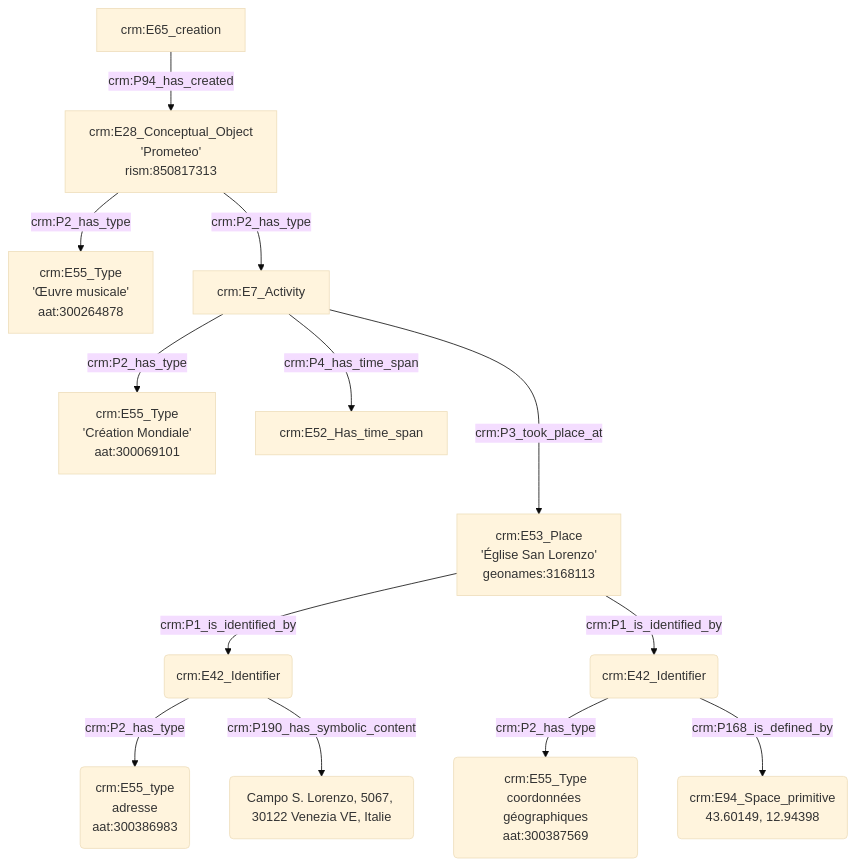
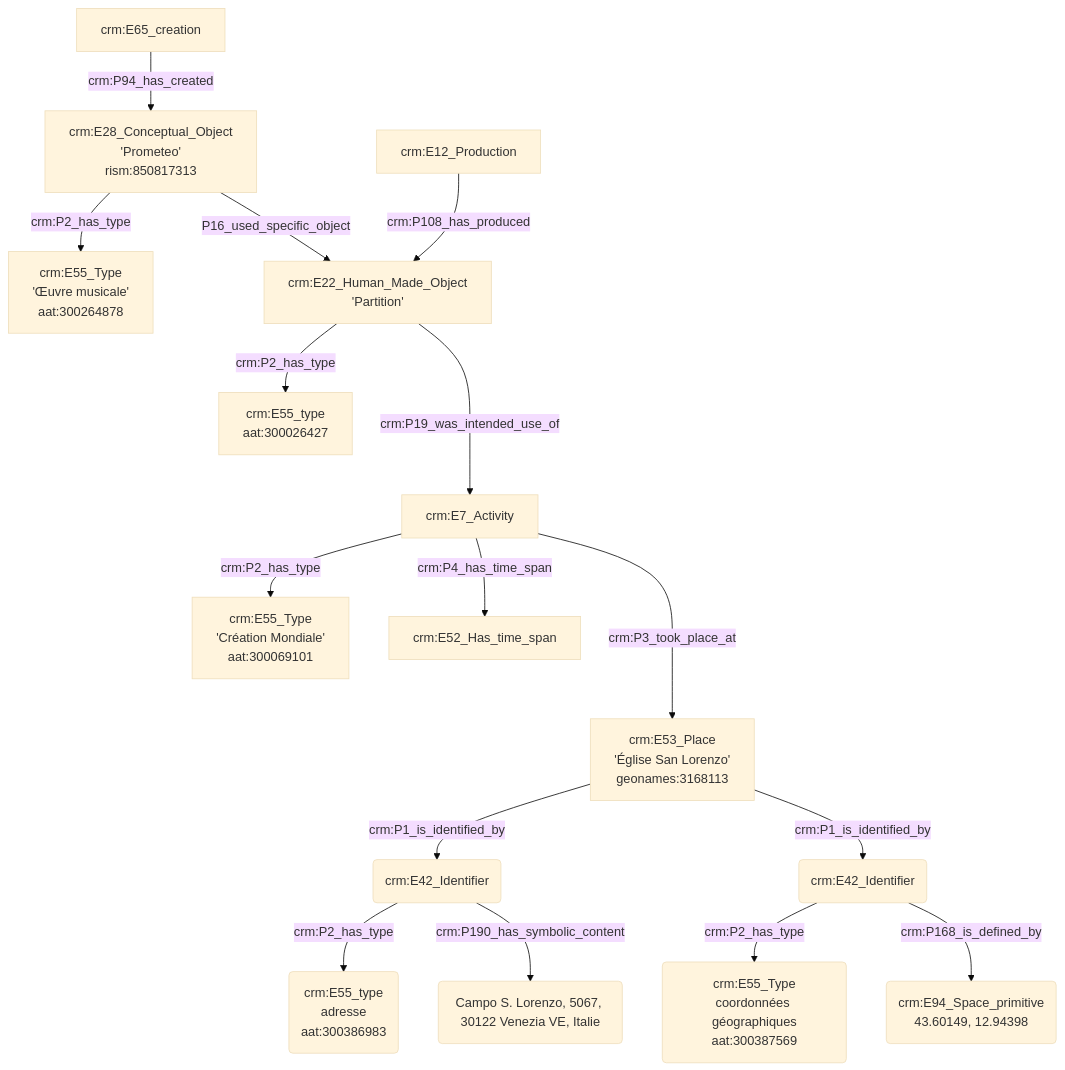
One commit to GusBraud/OntoMatchGameGus changed the fourth of 5 diagrams in Exemple1.md. Above: the diagram before and after it, drawn with Mermaid (base theme).

````diff
--- a/Exemple1.md
+++ b/Exemple1.md
@@ -68,17 +68,21 @@
 ```mermaid
 graph TD;
 
-D[crm:E65_creation] --> |crm:P94_has_created| E[crm:E28_Conceptual_Object<br>'Prometeo'<br>rism:850817313]
-E[crm:E28_Conceptual_Object<br>'Prometeo'<br>rism:850817313] --> |crm:P2_has_type| F[crm:E55_Type<br>'Œuvre musicale'<br>aat:300264878]
-E[crm:E28_Conceptual_Object<br>'Prometeo'<br>rism:850817313] --> |crm:P2_has_type| G[crm:E7_Activity]
+A[crm:E65_creation] --> |crm:P94_has_created| B[crm:E28_Conceptual_Object<br>'Prometeo'<br>rism:850817313]
+B[crm:E28_Conceptual_Object<br>'Prometeo'<br>rism:850817313] --> |crm:P2_has_type| C[crm:E55_Type<br>'Œuvre musicale'<br>aat:300264878]
+D[crm:E22_Human_Made_Object<br>'Partition'] --> |crm:P2_has_type| E[crm:E55_type<br>aat:300026427]
+B[crm:E28_Conceptual_Object<br>'Prometeo'<br>rism:850817313] --> |P16_used_specific_object| D[crm:E22_Human_Made_Object<br>'Partition']
+F[crm:E12_Production] --> |crm:P108_has_produced| D[crm:E22_Human_Made_Object<br>'Partition']
+D[crm:E22_Human_Made_Object<br>'Partition'] ---> |crm:P19_was_intended_use_of| G[crm:E7_Activity]
+
 G[crm:E7_Activity] --> |crm:P2_has_type| H[crm:E55_Type<br>'Création Mondiale'<br>aat:300069101]
 G[crm:E7_Activity] ---> |crm:P3_took_place_at| I[crm:E53_Place<br>'Église San Lorenzo'<br>geonames:3168113]
 G[crm:E7_Activity] --> |crm:P4_has_time_span| J[crm:E52_Has_time_span]
 I[crm:E53_Place<br>'Église San Lorenzo'<br>geonames:3168113] -->|crm:P1_is_identified_by| K(crm:E42_Identifier)
 K(crm:E42_Identifier) --> |crm:P2_has_type| L(crm:E55_type<br>adresse<br>aat:300386983)
 K(crm:E42_Identifier) --> |crm:P190_has_symbolic_content| M(Campo S. Lorenzo, 5067, 30122 Venezia VE, Italie)
 I[crm:E53_Place<br>'Église San Lorenzo'<br>geonames:3168113] --> |crm:P1_is_identified_by| N(crm:E42_Identifier)
 N(crm:E42_Identifier) --> |crm:P2_has_type| O(crm:E55_Type<br>coordonnées géographiques<br>aat:300387569)
 N(crm:E42_Identifier) --> |crm:P168_is_defined_by| P(crm:E94_Space_primitive<br>43.60149, 12.94398)
 
 ```
````
